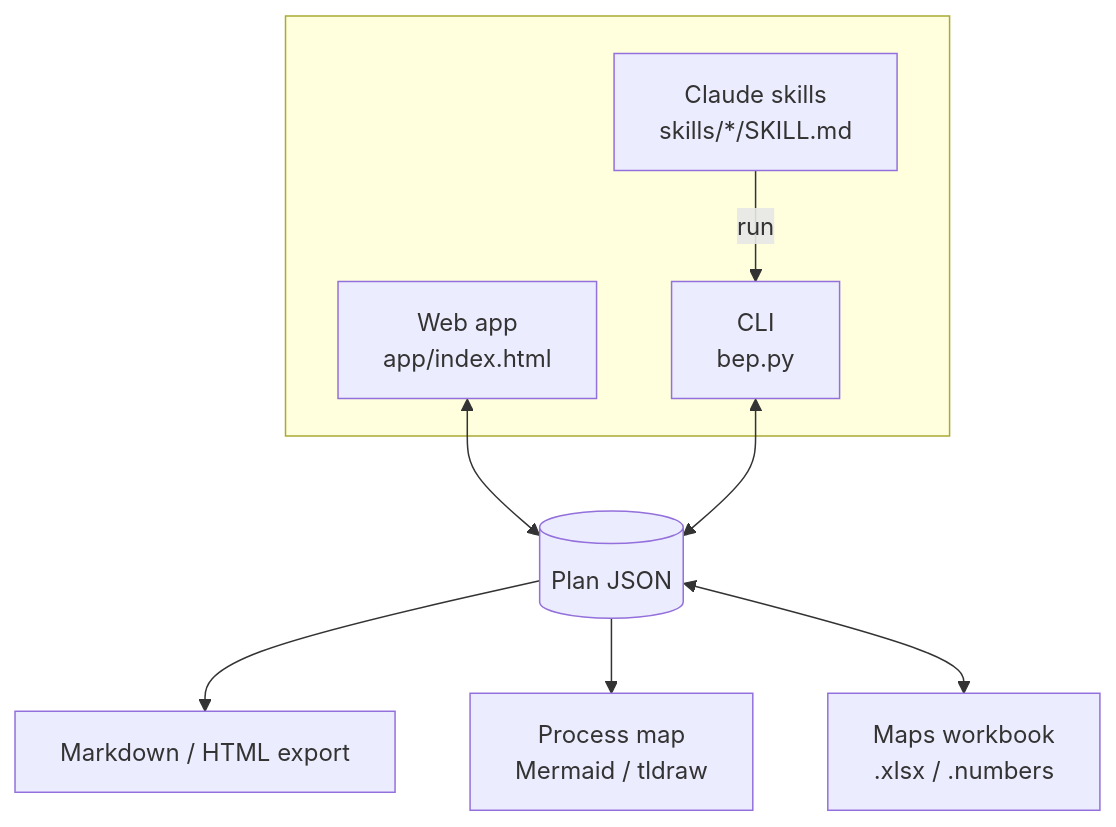
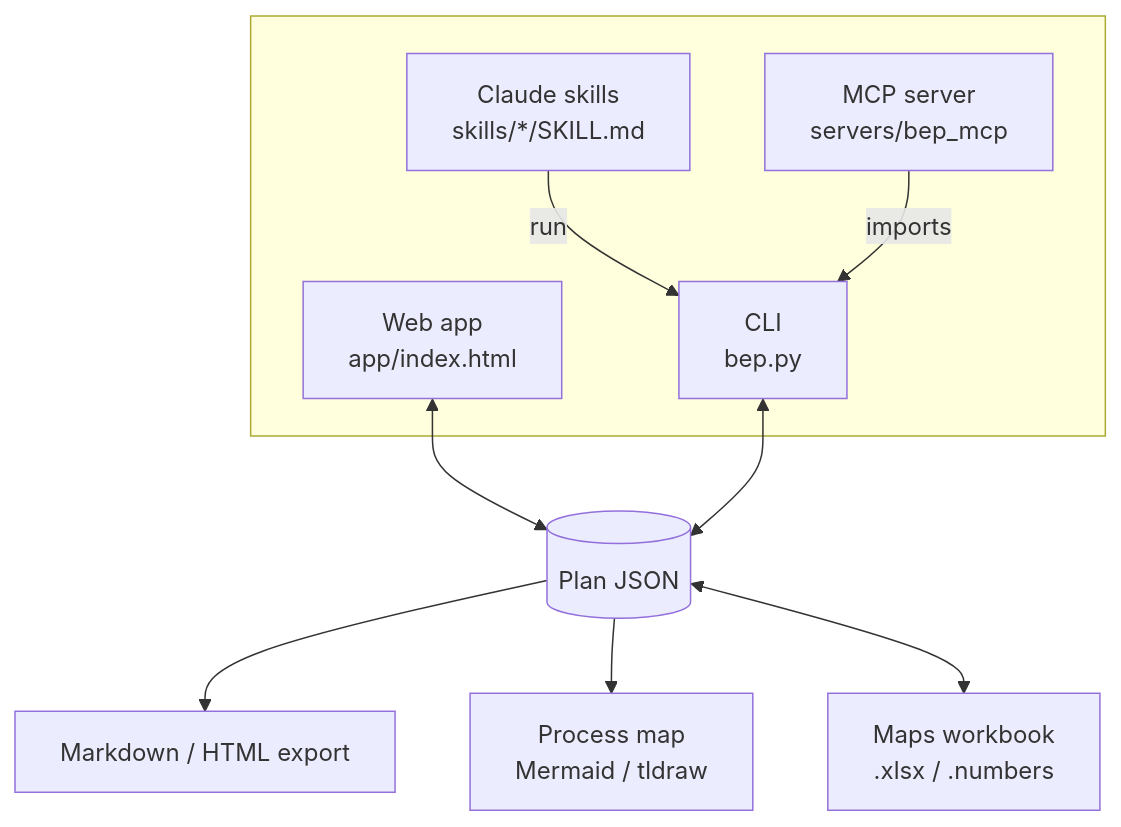
Before and after one commit to tannerpresscorp/bep-builder: the diagram in docs/onboarding/architecture.md, drawn with Mermaid. The commit also changed other lines of this file and 8 other files, not shown here.

First line of the commit message:
bep_mcp step 4: document the MCP server and install it in dev setups (#30)

````diff
--- a/docs/onboarding/architecture.md
+++ b/docs/onboarding/architecture.md
@@ -13,15 +13,17 @@
 ```mermaid
 flowchart TB
   subgraph users[" "]
     A["Web app<br/>app/index.html"]
     C["CLI<br/>bep.py"]
     S["Claude skills<br/>skills/*/SKILL.md"]
+    X["MCP server<br/>servers/bep_mcp"]
   end
   P[("Plan JSON")]
   A <--> P
   C <--> P
   S -->|"run"| C
+  X -->|"imports"| C
   P --> E["Markdown / HTML export"]
   P --> M["Process map<br/>Mermaid / tldraw"]
   P <--> W["Maps workbook<br/>.xlsx / .numbers"]
 ```
````
